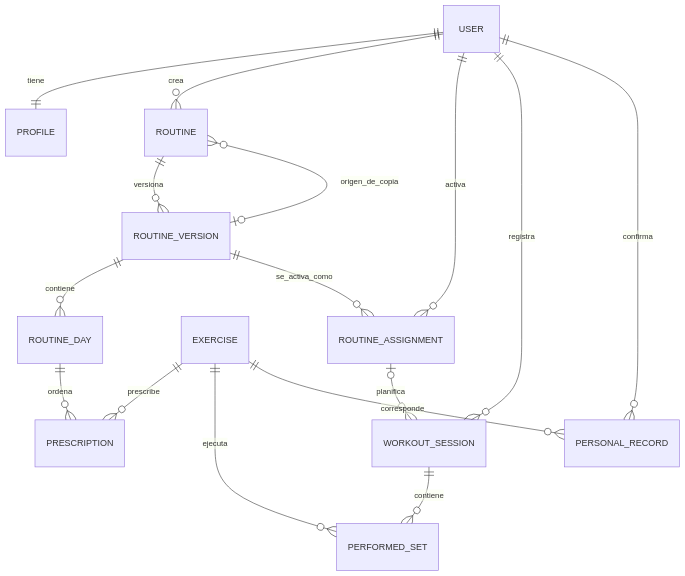
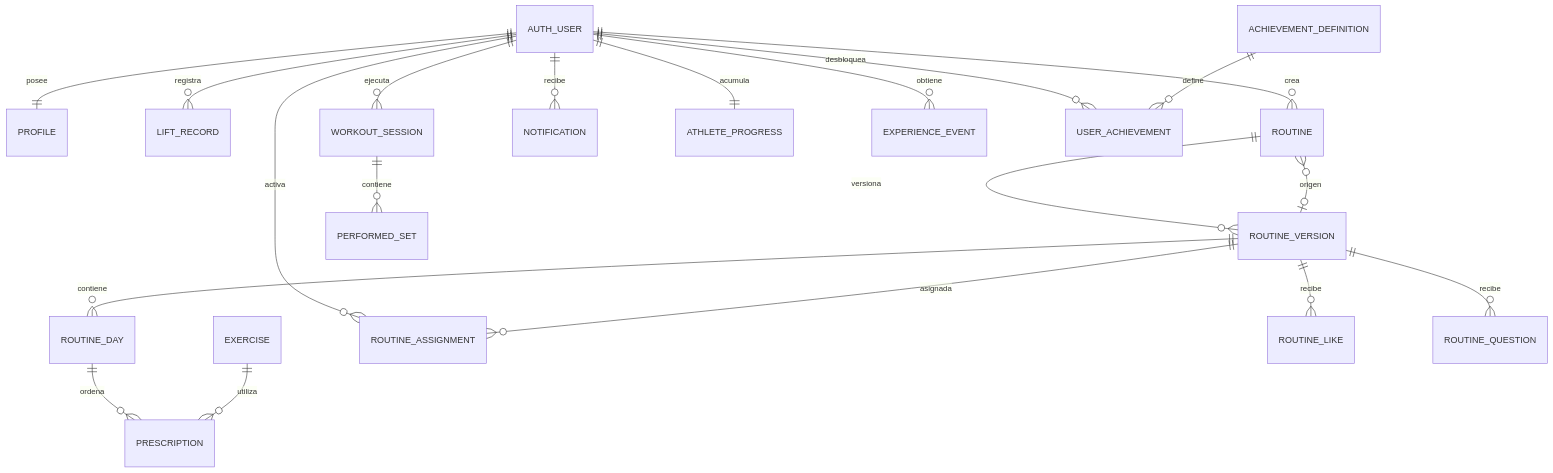
Before and after one commit to FranciscoMancebo/TFM-M-ster-en-Desarrollo-con-IA: the diagram in docs/03-modelo-de-dominio.md, drawn with Mermaid. The commit also changed other lines of this file and 28 other files, not shown here.

````diff
--- a/docs/03-modelo-de-dominio.md
+++ b/docs/03-modelo-de-dominio.md
@@ -20,18 +24,22 @@
 ```mermaid
 erDiagram
-    USER ||--|| PROFILE : tiene
-    USER ||--o{ ROUTINE : crea
+    AUTH_USER ||--|| PROFILE : posee
+    AUTH_USER ||--o{ LIFT_RECORD : registra
+    AUTH_USER ||--o{ ROUTINE : crea
     ROUTINE ||--o{ ROUTINE_VERSION : versiona
     ROUTINE_VERSION ||--o{ ROUTINE_DAY : contiene
     ROUTINE_DAY ||--o{ PRESCRIPTION : ordena
-    EXERCISE ||--o{ PRESCRIPTION : prescribe
-    ROUTINE_VERSION ||--o{ ROUTINE_ASSIGNMENT : se_activa_como
-    USER ||--o{ ROUTINE_ASSIGNMENT : activa
-    USER ||--o{ WORKOUT_SESSION : registra
-    ROUTINE_ASSIGNMENT o|--o{ WORKOUT_SESSION : planifica
+    EXERCISE ||--o{ PRESCRIPTION : utiliza
+    AUTH_USER ||--o{ ROUTINE_ASSIGNMENT : activa
+    ROUTINE_VERSION ||--o{ ROUTINE_ASSIGNMENT : asignada
+    AUTH_USER ||--o{ WORKOUT_SESSION : ejecuta
     WORKOUT_SESSION ||--o{ PERFORMED_SET : contiene
-    EXERCISE ||--o{ PERFORMED_SET : ejecuta
-    USER ||--o{ PERSONAL_RECORD : confirma
-    EXERCISE ||--o{ PERSONAL_RECORD : corresponde
-    ROUTINE_VERSION o|--o{ ROUTINE : origen_de_copia
+    ROUTINE_VERSION ||--o{ ROUTINE_LIKE : recibe
+    ROUTINE_VERSION ||--o{ ROUTINE_QUESTION : recibe
+    AUTH_USER ||--o{ NOTIFICATION : recibe
+    AUTH_USER ||--|| ATHLETE_PROGRESS : acumula
+    AUTH_USER ||--o{ EXPERIENCE_EVENT : obtiene
+    AUTH_USER ||--o{ USER_ACHIEVEMENT : desbloquea
+    ACHIEVEMENT_DEFINITION ||--o{ USER_ACHIEVEMENT : define
+    ROUTINE_VERSION o|--o{ ROUTINE : origen
 ```
````
